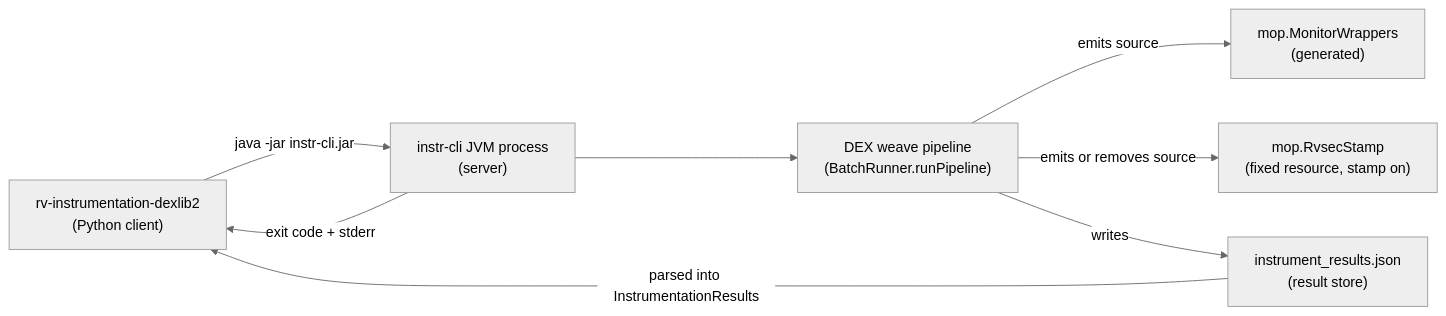
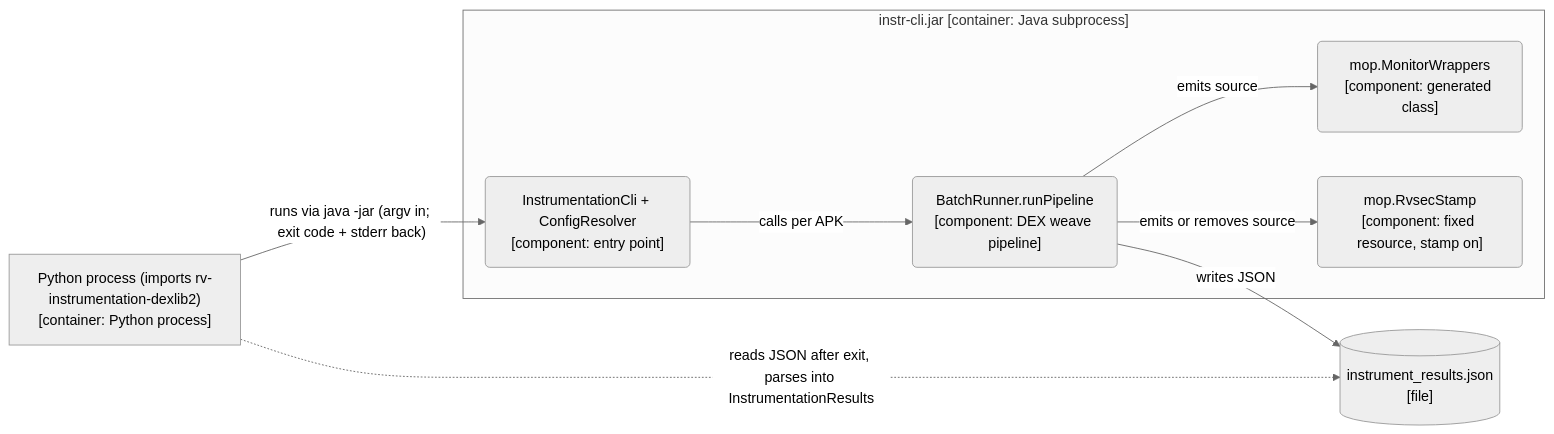
Before and after one commit to PAMunb/rvsec: the fourth of 5 diagrams in rv-android/docs/architecture/instrumentation-java.md, drawn with Mermaid. The commit also changed other lines of this file and 7 other files, not shown here.

````diff
--- a/rv-android/docs/architecture/instrumentation-java.md
+++ b/rv-android/docs/architecture/instrumentation-java.md
@@ -888,18 +953,21 @@
 ```mermaid
 %%{init: {'theme': 'neutral'}}%%
 flowchart LR
-  pyclient["rv-instrumentation-dexlib2<br/>(Python client)"]
-  proc["instr-cli JVM process<br/>(server)"]
-  pipe["DEX weave pipeline<br/>(BatchRunner.runPipeline)"]
-  wrappers["mop.MonitorWrappers<br/>(generated)"]
-  stamp["mop.RvsecStamp<br/>(fixed resource, stamp on)"]
-  results["instrument_results.json<br/>(result store)"]
+  %% Source: ../rvsec/rvsec-android/rvsec-instrumentation-dexlib2/cli/src/main/java/br/unb/cic/rv/cli/InstrumentationCli.java, ../rvsec/rvsec-android/rvsec-instrumentation-dexlib2/cli/src/main/java/br/unb/cic/rv/cli/BatchRunner.java, ../rvsec/rvsec-android/rvsec-instrumentation-dexlib2/advice-emitter, ../rvsec/rvsec-android/rvsec-instrumentation-dexlib2/monitor-builder
+  %% Omitted: the per-phase modules the pipeline calls (Diagram 2), the toolchain subprocesses (Diagram 3)
+  pyclient["Python process (imports rv-instrumentation-dexlib2)<br/>[container: Python process]"]
+  subgraph jvmbox["instr-cli.jar [container: Java subprocess]"]
+    proc("InstrumentationCli + ConfigResolver<br/>[component: entry point]")
+    pipe("BatchRunner.runPipeline<br/>[component: DEX weave pipeline]")
+    wrappers("mop.MonitorWrappers<br/>[component: generated class]")
+    stamp("mop.RvsecStamp<br/>[component: fixed resource, stamp on]")
+  end
+  results[("instrument_results.json<br/>[file]")]
 
-  pyclient -->|java -jar instr-cli.jar| proc
-  proc --> pipe
-  pipe -->|emits source| wrappers
-  pipe -->|emits or removes source| stamp
-  pipe -->|writes| results
-  results -->|parsed into InstrumentationResults| pyclient
-  proc -->|exit code + stderr| pyclient
+  pyclient -->|"runs via java -jar (argv in; exit code + stderr back)"| proc
+  proc -->|"calls per APK"| pipe
+  pipe -->|"emits source"| wrappers
+  pipe -->|"emits or removes source"| stamp
+  pipe -->|"writes JSON"| results
+  pyclient -.->|"reads JSON after exit, parses into InstrumentationResults"| results
 ```
````
